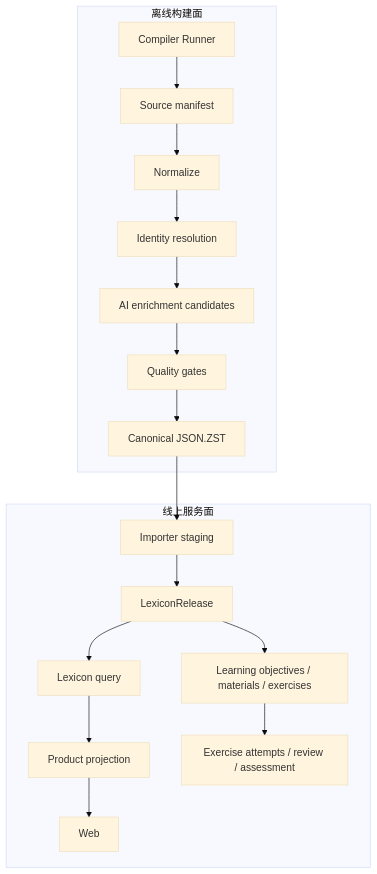
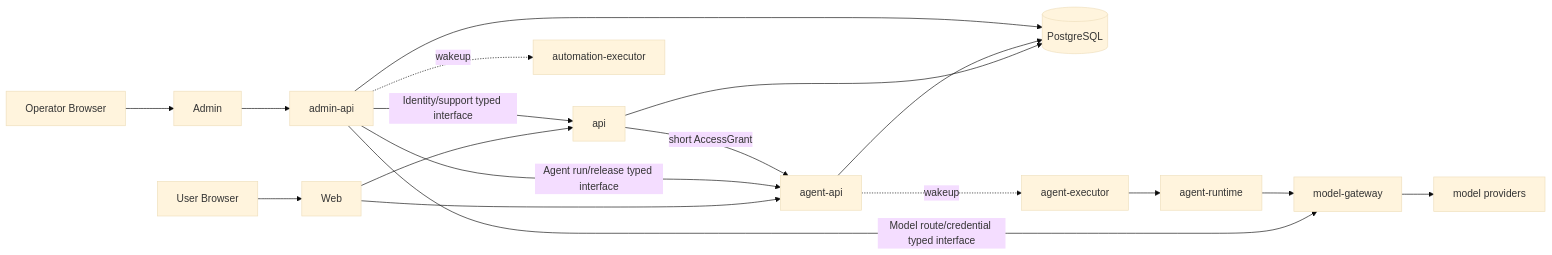
The first of 2 diagrams in docs/overview/refactor/architecture/system.md (yinmingdi/sylis), drawn with Mermaid (base theme) before and after one commit. The commit also changed other lines of this file and 1856 other files, not shown here.

Commit message:
refactor: rebuild Sylis platform architecture

````diff
--- a/docs/overview/refactor/architecture/system.md
+++ b/docs/overview/refactor/architecture/system.md
@@ -29,20 +84,20 @@
 ```mermaid
-flowchart TB
-    subgraph Build[离线构建面]
-      BR[Compiler Runner] --> M[Source manifest]
-      M --> N[Normalize]
-      N --> R[Identity resolution]
-      R --> E[AI enrichment candidates]
-      E --> Q[Quality gates]
-      Q --> J[Canonical JSON.ZST]
-    end
-    subgraph Serve[线上服务面]
-      J --> ST[Importer staging]
-      ST --> LR[LexiconRelease]
-      LR --> LQ[Lexicon query]
-      LQ --> P[Product projection]
-      P --> W[Web]
-      LR --> SC[Learning objectives / materials / exercises]
-      SC --> U[Exercise attempts / review / assessment]
-    end
+flowchart LR
+  U[User Browser] --> WEB[Web]
+  O[Operator Browser] --> ADMIN[Admin]
+  WEB --> API[api]
+  WEB --> AG[agent-api]
+  ADMIN --> AAPI[admin-api]
+  API --> PG[(PostgreSQL)]
+  AG --> PG
+  AAPI --> PG
+  AAPI -->|Identity/support typed interface| API
+  AAPI -->|Agent run/release typed interface| AG
+  AAPI -->|Model route/credential typed interface| MG
+  API -->|short AccessGrant| AG
+  AG -. wakeup .-> AE[agent-executor]
+  AE --> AR[agent-runtime]
+  AR --> MG[model-gateway]
+  MG --> PV[model providers]
+  AAPI -. wakeup .-> AU[automation-executor]
 ```
````
